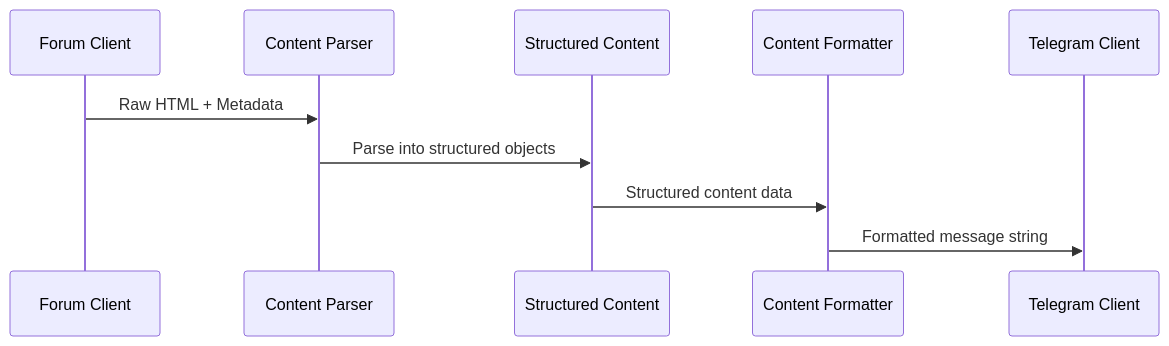
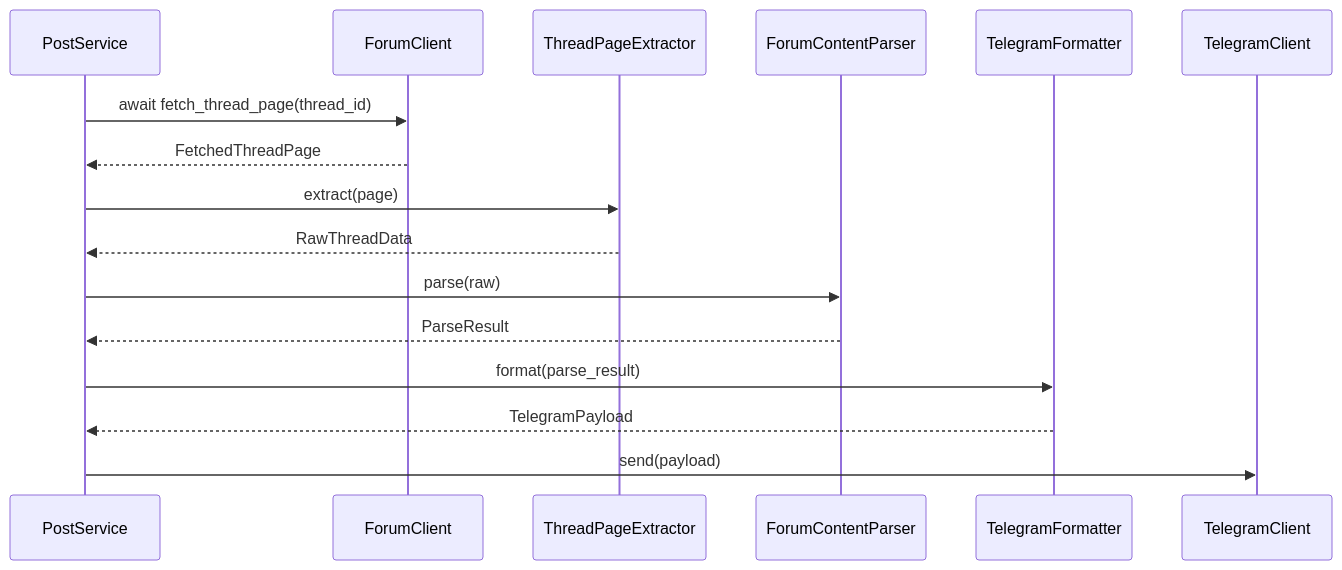
The second of 2 diagrams in .kiro/specs/structured-post-data/design.md (Hugo7650/keylol-tg), drawn with Mermaid before and after one commit. The commit also changed other lines of this file and 75 other files, not shown here.

Commit message:
feat: migrate forum pipeline to structured payload flow and harden network handling

````diff
--- a/.kiro/specs/structured-post-data/design.md
+++ b/.kiro/specs/structured-post-data/design.md
@@ -39,13 +55,19 @@
 ```mermaid
 sequenceDiagram
-    participant FC as Forum Client
-    participant CP as Content Parser
-    participant SCO as Structured Content
-    participant CF as Content Formatter
-    participant TG as Telegram Client
-    
-    FC->>CP: Raw HTML + Metadata
-    CP->>SCO: Parse into structured objects
-    SCO->>CF: Structured content data
-    CF->>TG: Formatted message string
+    participant PS as PostService
+    participant FC as ForumClient
+    participant EX as ThreadPageExtractor
+    participant PA as ForumContentParser
+    participant TF as TelegramFormatter
+    participant TG as TelegramClient
+
+    PS->>FC: await fetch_thread_page(thread_id)
+    FC-->>PS: FetchedThreadPage
+    PS->>EX: extract(page)
+    EX-->>PS: RawThreadData
+    PS->>PA: parse(raw)
+    PA-->>PS: ParseResult
+    PS->>TF: format(parse_result)
+    TF-->>PS: TelegramPayload
+    PS->>TG: send(payload)
 ```
````
